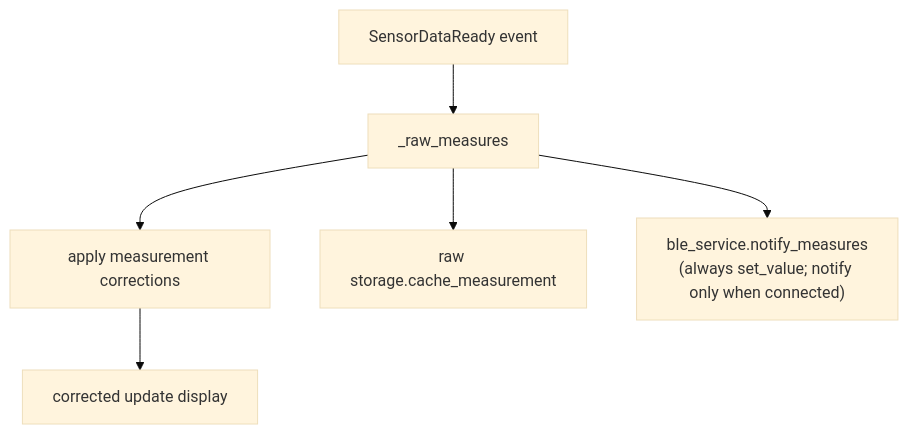
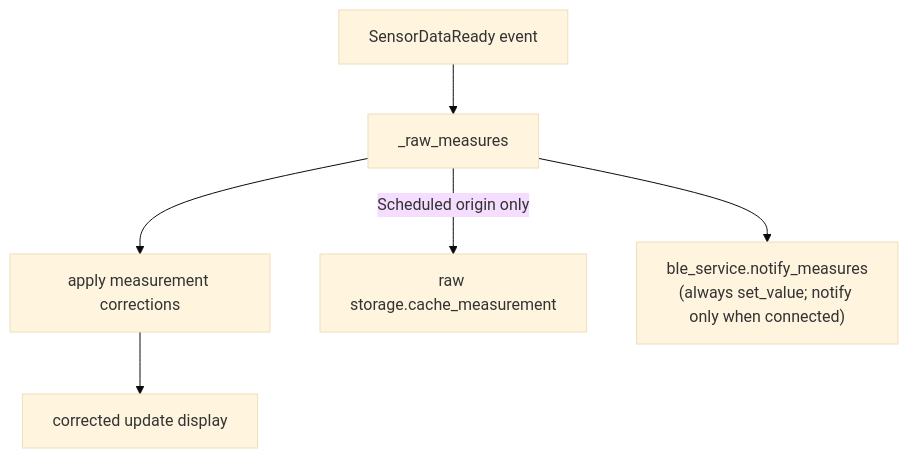
Before and after one commit to Open-Air-Foundation/firmware-core: the third of 5 diagrams in products/go/docs/ble_service.md, drawn with Mermaid (base theme). The commit also changed 11 other files, not shown here.

````diff
--- a/products/go/docs/ble_service.md
+++ b/products/go/docs/ble_service.md
@@ -1163,15 +1163,15 @@
 ```mermaid
   flowchart TD
     Event["SensorDataReady event"]
     Raw["_raw_measures"]
     Corrected["apply measurement corrections"]
     Cache["raw storage.cache_measurement"]
     Display["corrected update display"]
     Notify["ble_service.notify_measures<br/>(always set_value; notify only when connected)"]
 
     Event --> Raw
-    Raw --> Cache
+    Raw -->|Scheduled origin only| Cache
     Raw --> Notify
     Raw --> Corrected
     Corrected --> Display
   ```
````
